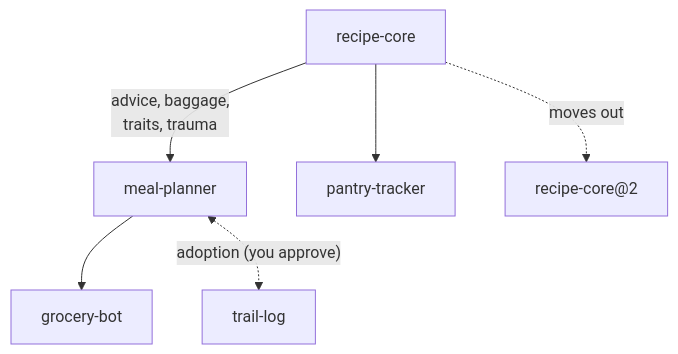
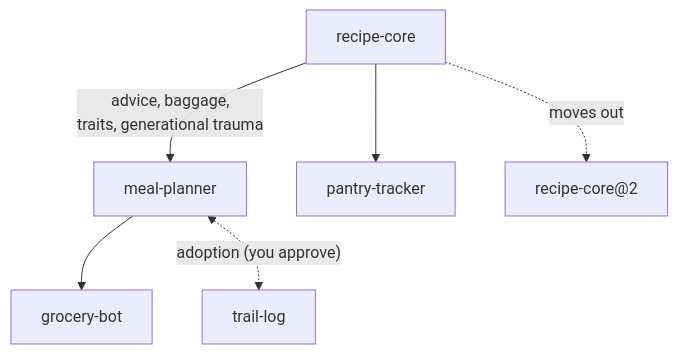
One commit to TheHaymaker/Ensemble-of-memories changed the fourth of 5 diagrams in README.md. Above: the diagram before and after it, drawn with Mermaid. The commit also changed other lines of this file and 6 other files, not shown here.

First line of the commit message:
Generational trauma answers only to generational-trauma and received-wisdom

````diff
--- a/README.md
+++ b/README.md
@@ -133,8 +133,8 @@
 ```mermaid
 flowchart TB
-    RC["recipe-core"] -->|advice, baggage,<br/>traits, trauma| MP["meal-planner"]
+    RC["recipe-core"] -->|advice, baggage,<br/>traits, generational trauma| MP["meal-planner"]
     RC --> PT["pantry-tracker"]
     MP --> GB["grocery-bot"]
     RC -. moves out .-> RC2["recipe-core@2"]
     MP <-. "adoption (you approve)" .-> TL["trail-log"]
 ```
````
